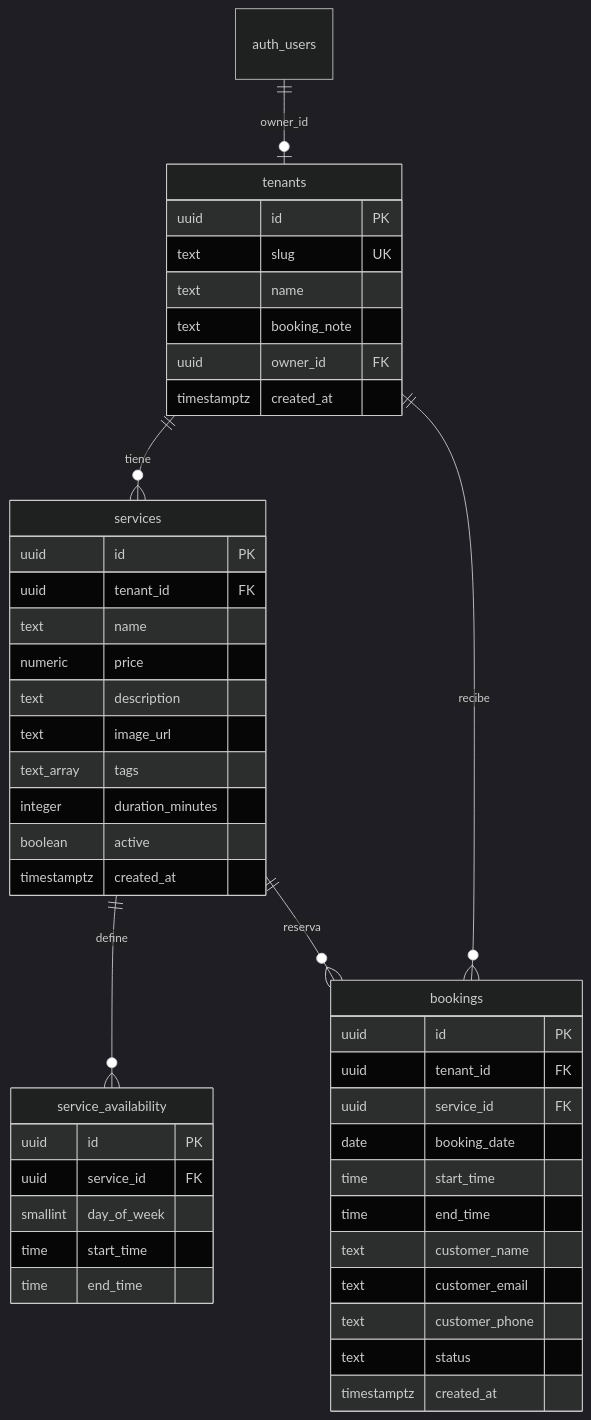
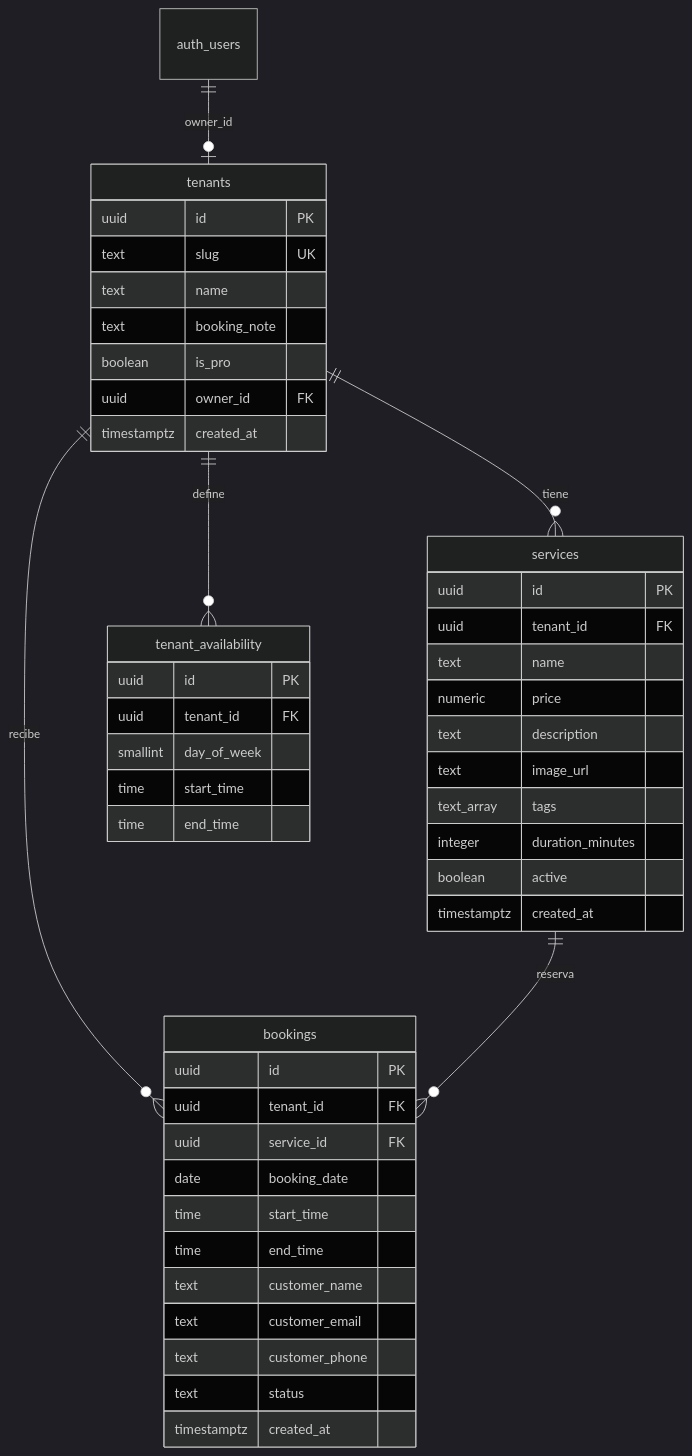
Before and after one commit to Manoplo/fastbook: the diagram in fastbook-roadmap.md, drawn with Mermaid (dark theme). The commit also changed other lines of this file and 30 other files, not shown here.

````diff
--- a/fastbook-roadmap.md
+++ b/fastbook-roadmap.md
@@ -129,52 +134,53 @@
 ```mermaid
 erDiagram
   auth_users ||--o| tenants : "owner_id"
   tenants ||--o{ services : "tiene"
+  tenants ||--o{ tenant_availability : "define"
   tenants ||--o{ bookings : "recibe"
-  services ||--o{ service_availability : "define"
   services ||--o{ bookings : "reserva"
 
   tenants {
     uuid id PK
     text slug UK
     text name
     text booking_note
+    boolean is_pro
     uuid owner_id FK
     timestamptz created_at
   }
 
   services {
     uuid id PK
     uuid tenant_id FK
     text name
     numeric price
     text description
     text image_url
     text_array tags
     integer duration_minutes
     boolean active
     timestamptz created_at
   }
 
-  service_availability {
+  tenant_availability {
     uuid id PK
-    uuid service_id FK
+    uuid tenant_id FK
     smallint day_of_week
     time start_time
     time end_time
   }
 
   bookings {
     uuid id PK
     uuid tenant_id FK
     uuid service_id FK
     date booking_date
     time start_time
     time end_time
     text customer_name
     text customer_email
     text customer_phone
     text status
     timestamptz created_at
   }
 ```
````
